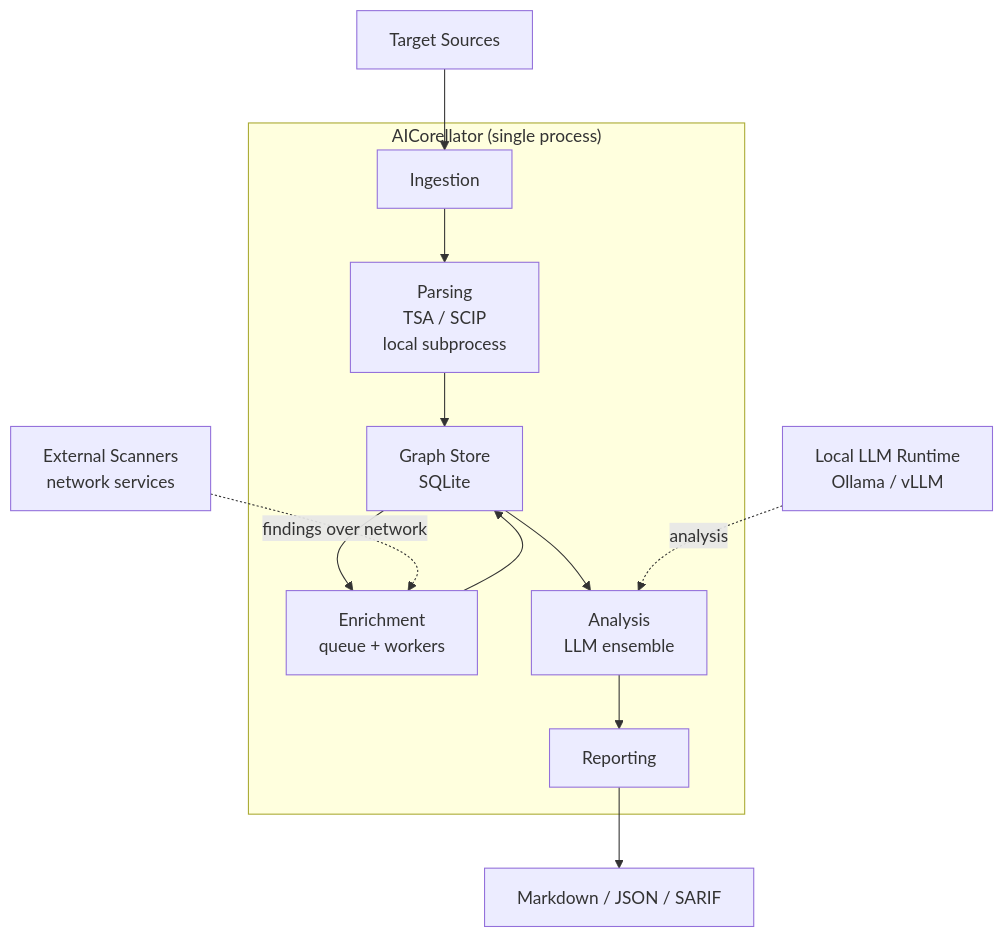
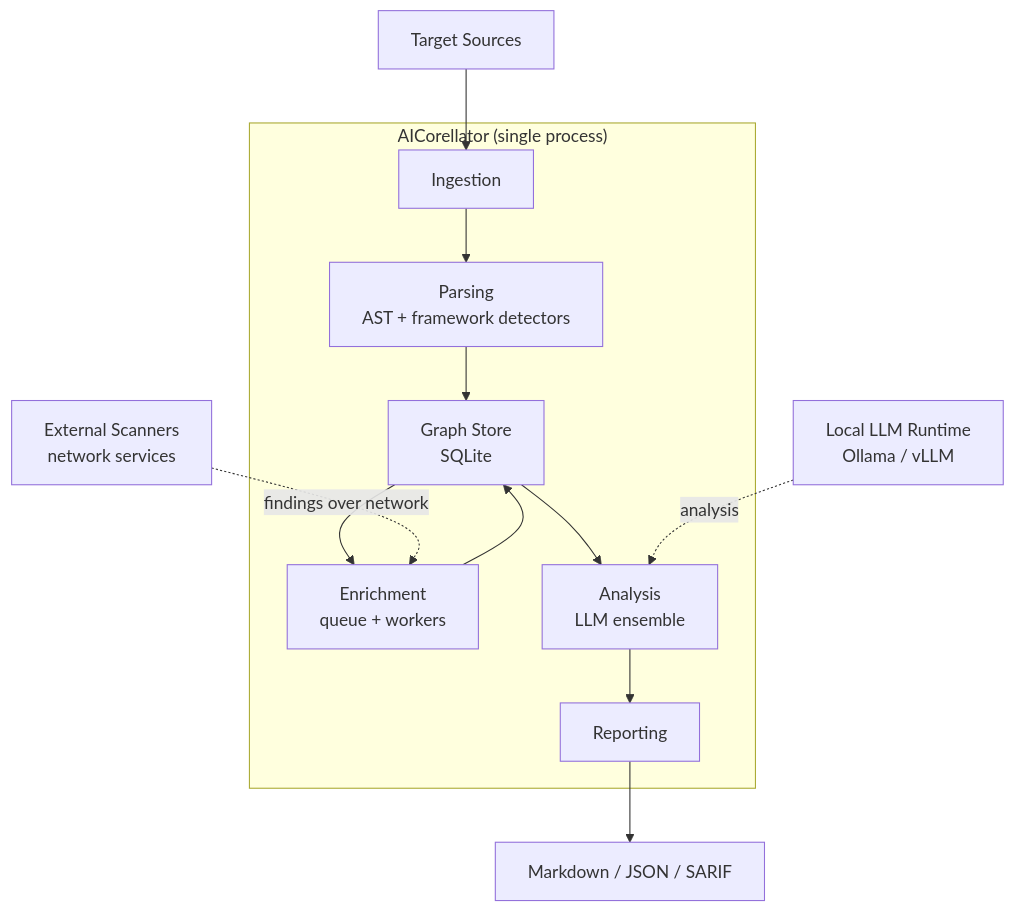
One commit to Malinowiy/AICorellator changed the diagram in Documentation/Architecture/C4_L2_Containers.md. Above: the diagram before and after it, drawn with Mermaid. The commit also changed other lines of this file and 8 other files, not shown here.

First line of the commit message:
docs: ADR-0015 control flow vs data flow

````diff
--- a/Documentation/Architecture/C4_L2_Containers.md
+++ b/Documentation/Architecture/C4_L2_Containers.md
@@ -9,23 +9,23 @@
 ```mermaid
 flowchart TB
     subgraph AICO["AICorellator (single process)"]
         ING[Ingestion]
-        PAR[Parsing<br/>TSA / SCIP<br/>local subprocess]
+        PAR[Parsing<br/>AST + framework detectors]
         GS[Graph Store<br/>SQLite]
         ENR[Enrichment<br/>queue + workers]
         ANA[Analysis<br/>LLM ensemble]
         REP[Reporting]
     end
 
     SRC[Target Sources] --> ING
     ING --> PAR
     PAR --> GS
     GS --> ENR
     ENR --> GS
     GS --> ANA
     ANA --> REP
     REP --> OUT[Markdown / JSON / SARIF]
 
     SCAN[External Scanners<br/>network services] -.->|findings over network| ENR
     LLM[Local LLM Runtime<br/>Ollama / vLLM] -.->|analysis| ANA
 ```
````
